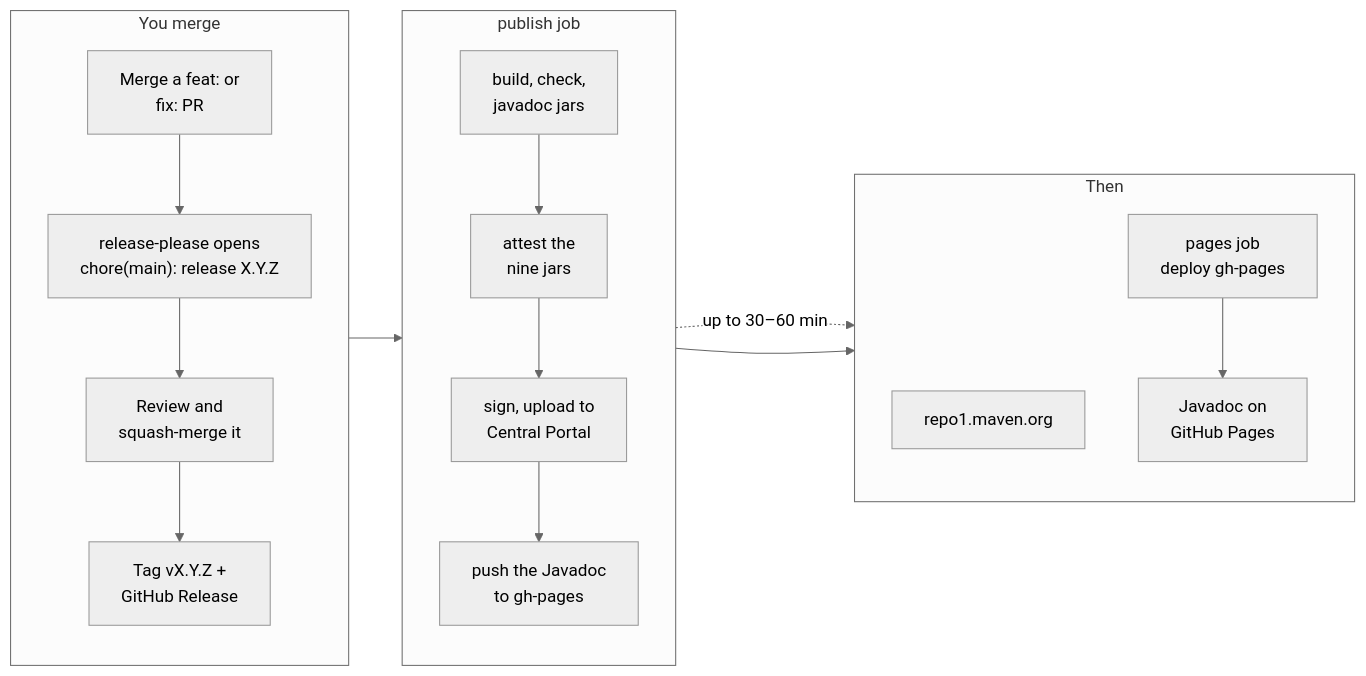
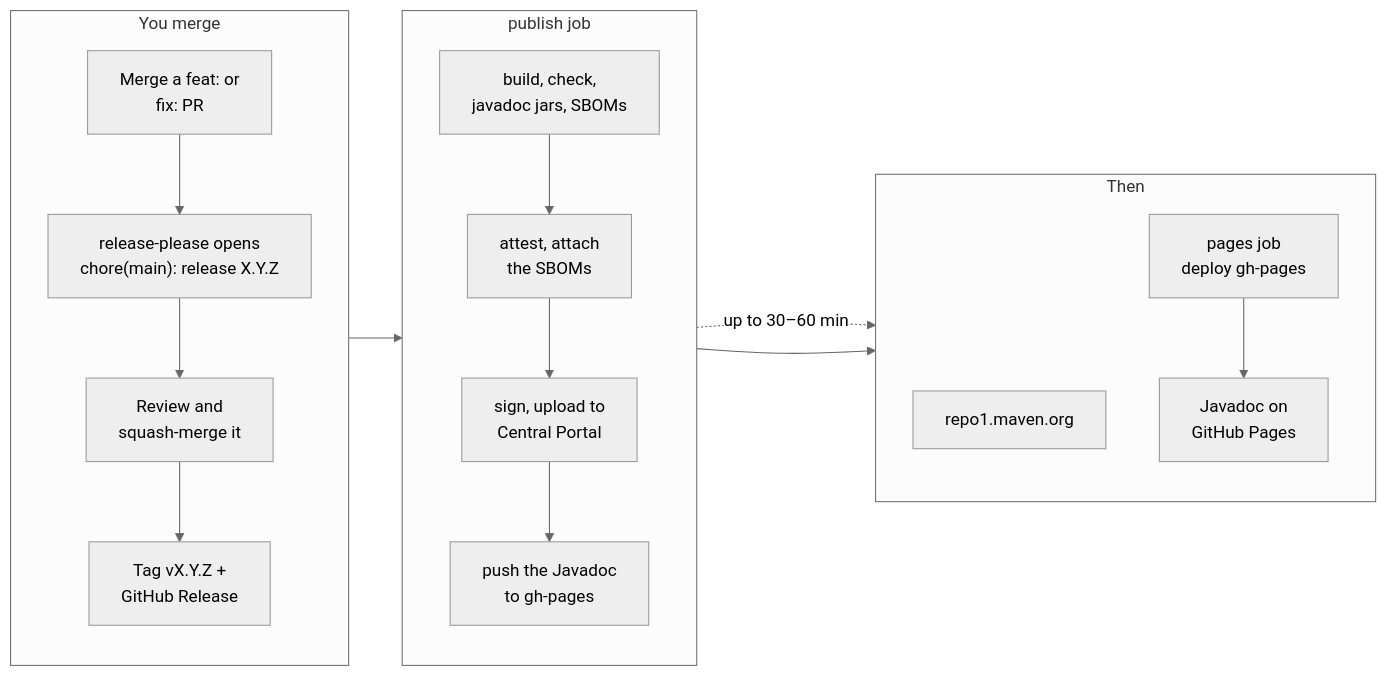
The diagram in RELEASING.md (brantunger/unruly-engine), drawn with Mermaid (neutral theme) before and after one commit. The commit also changed other lines of this file and 13 other files, not shown here.

Commit message:
build: verify every dependency and plugin, and attach an SBOM to each release (#518)

````diff
--- a/RELEASING.md
+++ b/RELEASING.md
@@ -26,23 +26,23 @@
 ```mermaid
 flowchart LR
     subgraph merge["You merge"]
         direction TB
         A["Merge a feat: or<br/>fix: PR"] --> B["release-please opens<br/>chore(main): release X.Y.Z"]
         B --> C["Review and<br/>squash-merge it"]
         C --> D["Tag vX.Y.Z +<br/>GitHub Release"]
     end
     subgraph publish["publish job"]
         direction TB
-        E["build, check,<br/>javadoc jars"] --> V["attest the<br/>nine jars"]
+        E["build, check,<br/>javadoc jars, SBOMs"] --> V["attest, attach<br/>the SBOMs"]
         V --> F["sign, upload to<br/>Central Portal"]
         F --> J["push the Javadoc<br/>to gh-pages"]
     end
     subgraph after["Then"]
         direction TB
         G["repo1.maven.org"]
         P["pages job<br/>deploy gh-pages"] --> H["Javadoc on<br/>GitHub Pages"]
     end
     D --> E
     F -. "up to 30–60 min" .-> G
     J --> P
 ```
````
